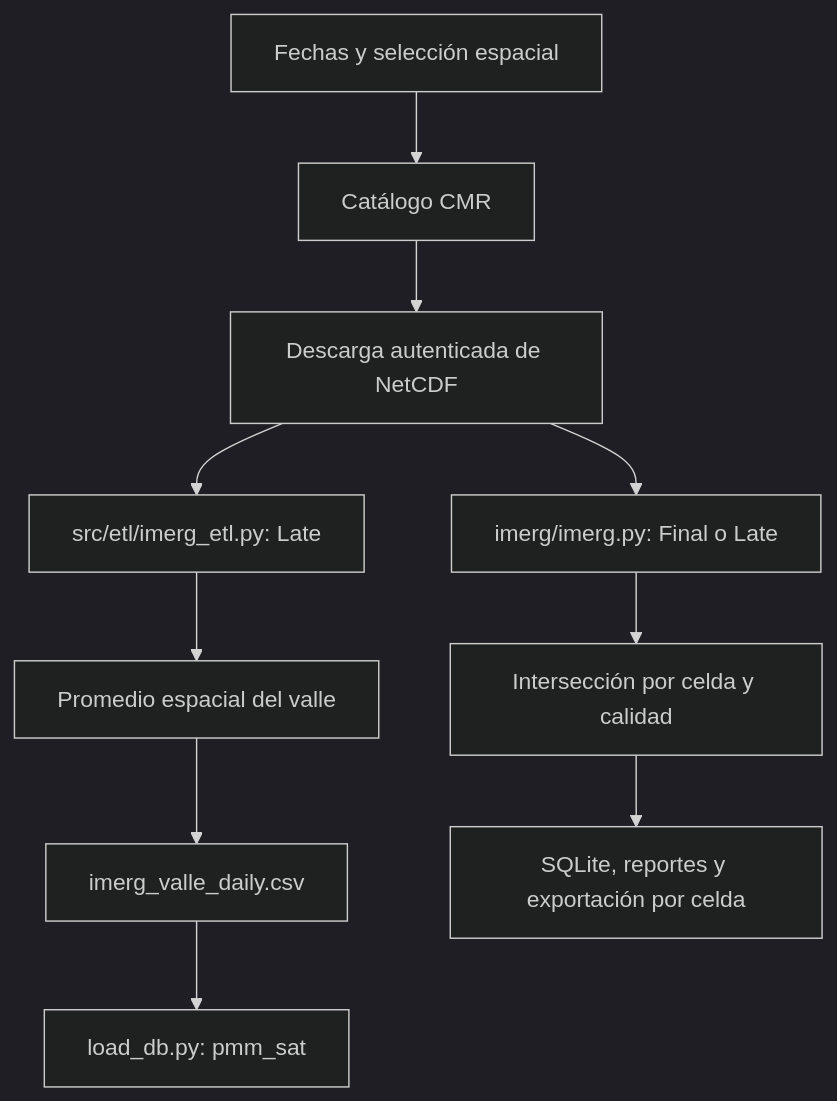
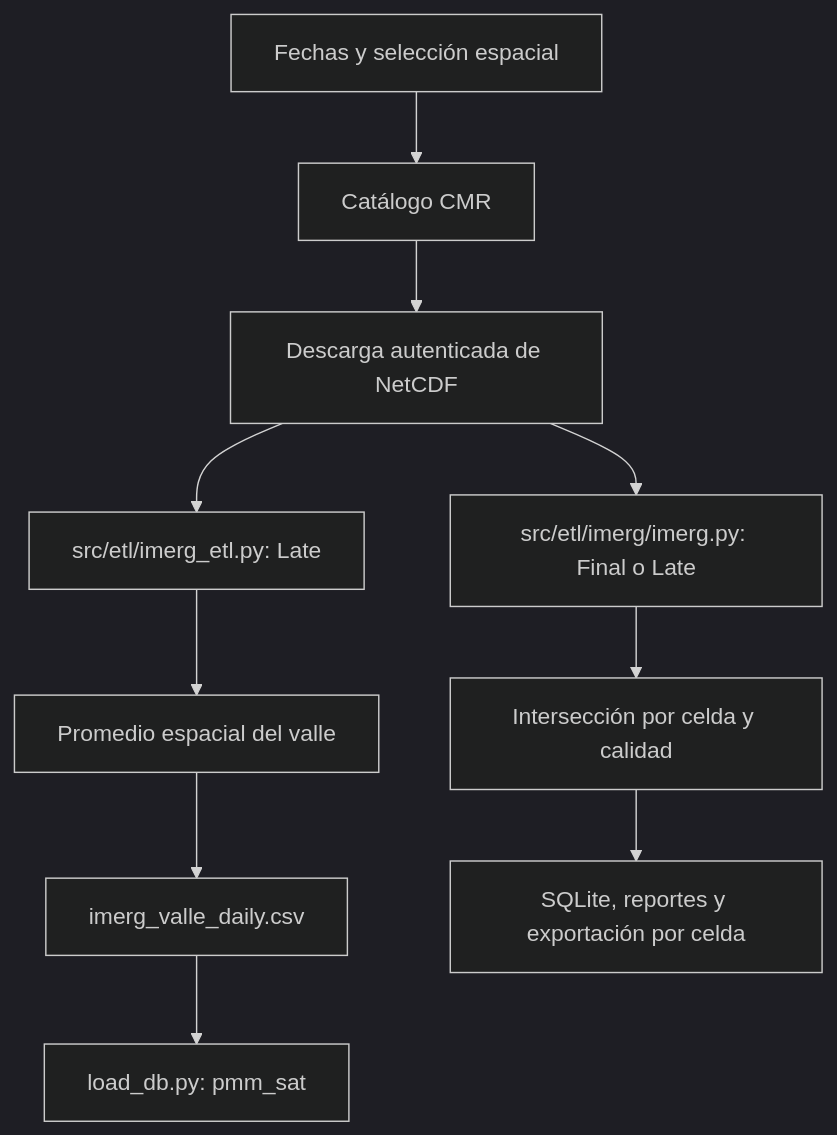
Before and after one commit to willypaz243/field-shift-challenge: the diagram in data/imerg/README.md, drawn with Mermaid (dark theme). The commit also changed other lines of this file and 16 other files, not shown here.

First line of the commit message:
chore:backend-move-imerg-into-src-etl

````diff
--- a/data/imerg/README.md
+++ b/data/imerg/README.md
@@ -64,12 +64,12 @@
 ```mermaid
 flowchart TD
     A["Fechas y selección espacial"] --> B["Catálogo CMR"]
     B --> C["Descarga autenticada de NetCDF"]
     C --> D["src/etl/imerg_etl.py: Late"]
     D --> E["Promedio espacial del valle"]
     E --> F["imerg_valle_daily.csv"]
     F --> G["load_db.py: pmm_sat"]
-    C --> H["imerg/imerg.py: Final o Late"]
+    C --> H["src/etl/imerg/imerg.py: Final o Late"]
     H --> I["Intersección por celda y calidad"]
     I --> J["SQLite, reportes y exportación por celda"]
 ```
````
